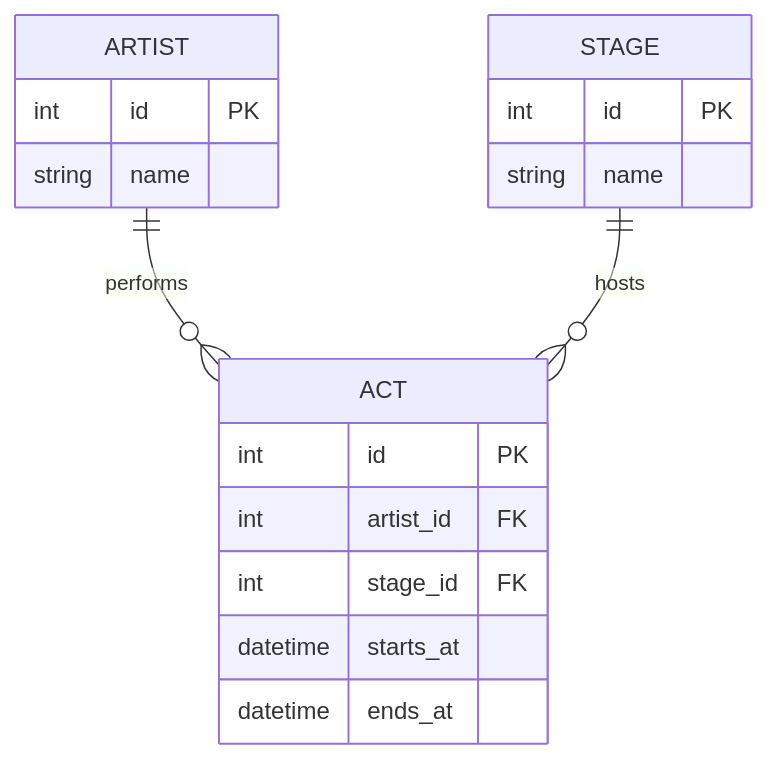
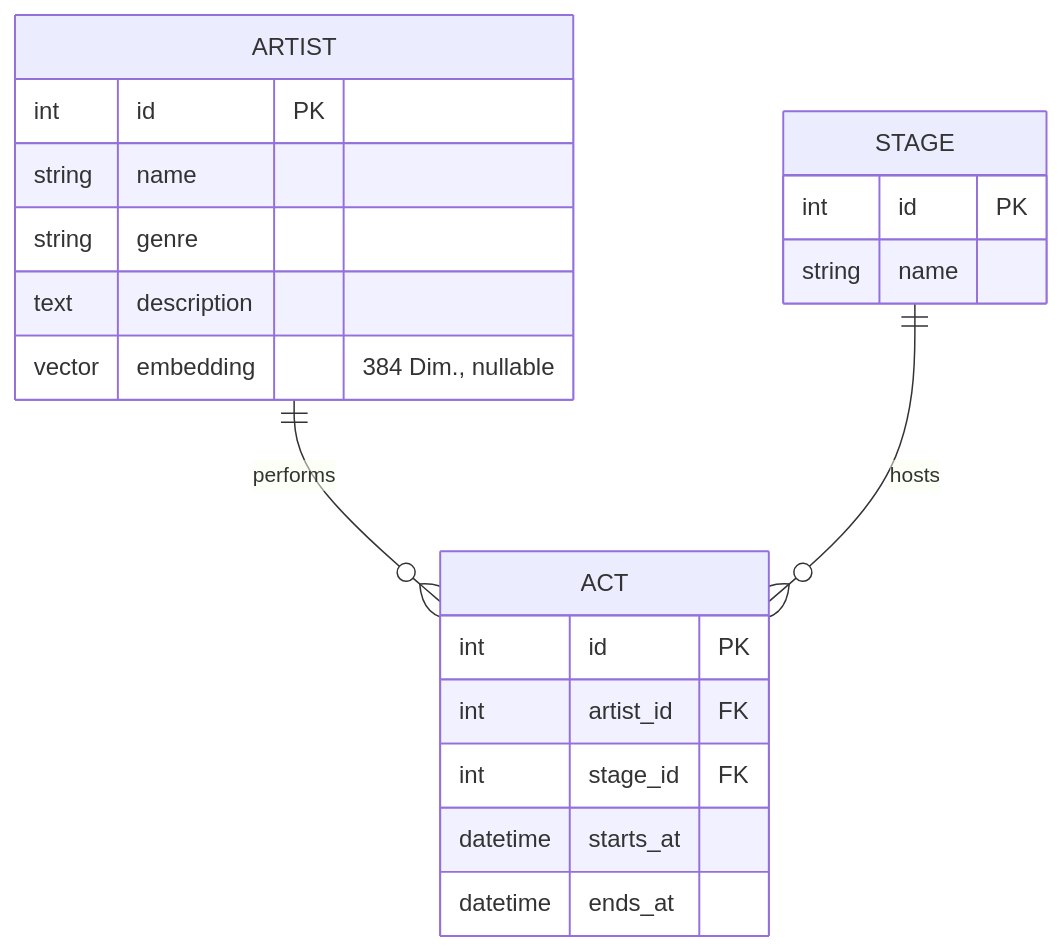
One commit to App-Akademie-Students/open-lab-full-stack-005-festival-planner_v0.3 changed the diagram in doc/domain-model.md. Above: the diagram before and after it, drawn with Mermaid. The commit also changed other lines of this file and 15 other files, not shown here.

````diff
--- a/doc/domain-model.md
+++ b/doc/domain-model.md
@@ -58,23 +74,26 @@
 ```mermaid
 erDiagram
     ARTIST ||--o{ ACT : performs
     STAGE  ||--o{ ACT : hosts
 
     ARTIST {
         int id PK
         string name
+        string genre
+        text description
+        vector embedding "384 Dim., nullable"
     }
 
     STAGE {
         int id PK
         string name
     }
 
     ACT {
         int id PK
         int artist_id FK
         int stage_id FK
         datetime starts_at
         datetime ends_at
     }
 ```
````
